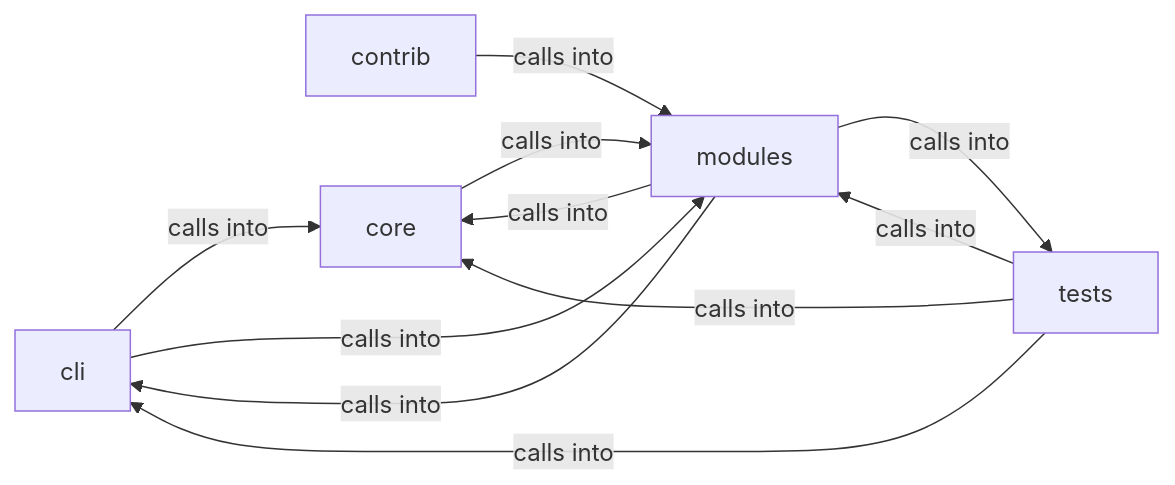
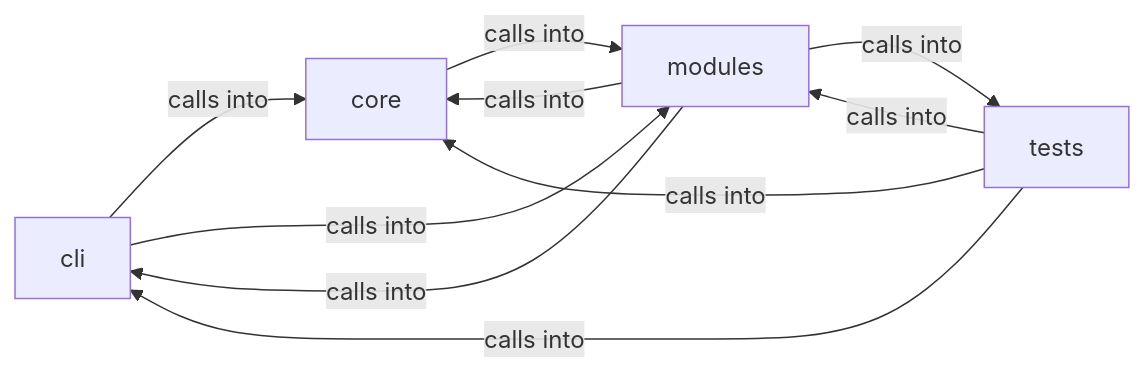
One commit to grisuno/LazyOwn changed the diagram in readmenator-diagrams/modules_lazy_loop.md. Above: the diagram before and after it, drawn with Mermaid. The commit also changed other lines of this file and 325 other files, not shown here.

````diff
--- a/readmenator-diagrams/modules_lazy_loop.md
+++ b/readmenator-diagrams/modules_lazy_loop.md
@@ -5,18 +5,16 @@
 ```mermaid
 graph LR
     cli["cli"]
-    contrib["contrib"]
     core["core"]
     modules["modules"]
     tests["tests"]
     cli -- "calls into" --> core
     cli -- "calls into" --> modules
-    contrib -- "calls into" --> modules
     core -- "calls into" --> modules
     modules -- "calls into" --> cli
     modules -- "calls into" --> core
     modules -- "calls into" --> tests
     tests -- "calls into" --> cli
     tests -- "calls into" --> core
     tests -- "calls into" --> modules
 ```
````
